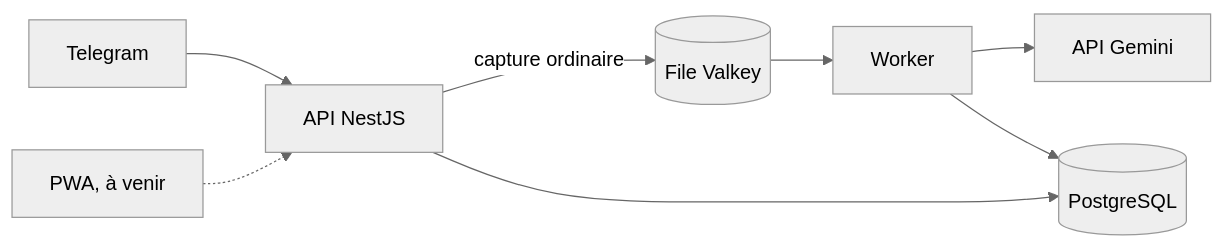
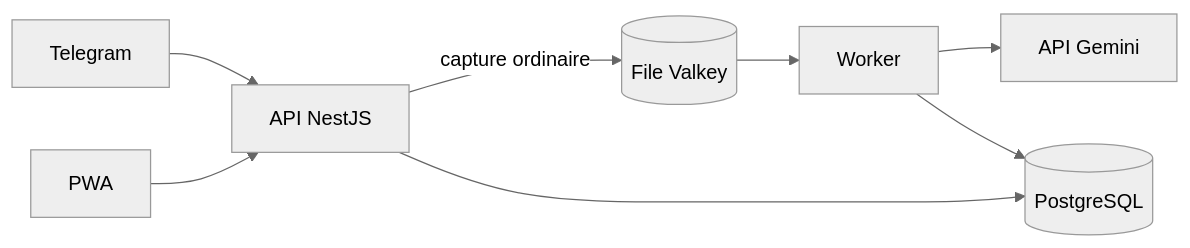
The diagram in README.md (djkix/organizer), drawn with Mermaid (neutral theme) before and after one commit. The commit also changed other lines of this file and 26 other files, not shown here.

````diff
--- a/README.md
+++ b/README.md
@@ -39,10 +43,10 @@
 ```mermaid
 flowchart LR
     T[Telegram] --> A[API NestJS]
     A -->|capture ordinaire| Q[(File Valkey)]
     A --> P[(PostgreSQL)]
     Q --> W[Worker]
     W --> G[API Gemini]
     W --> P
-    PWA[PWA, à venir] -.-> A
+    PWA[PWA] --> A
 ```
````
